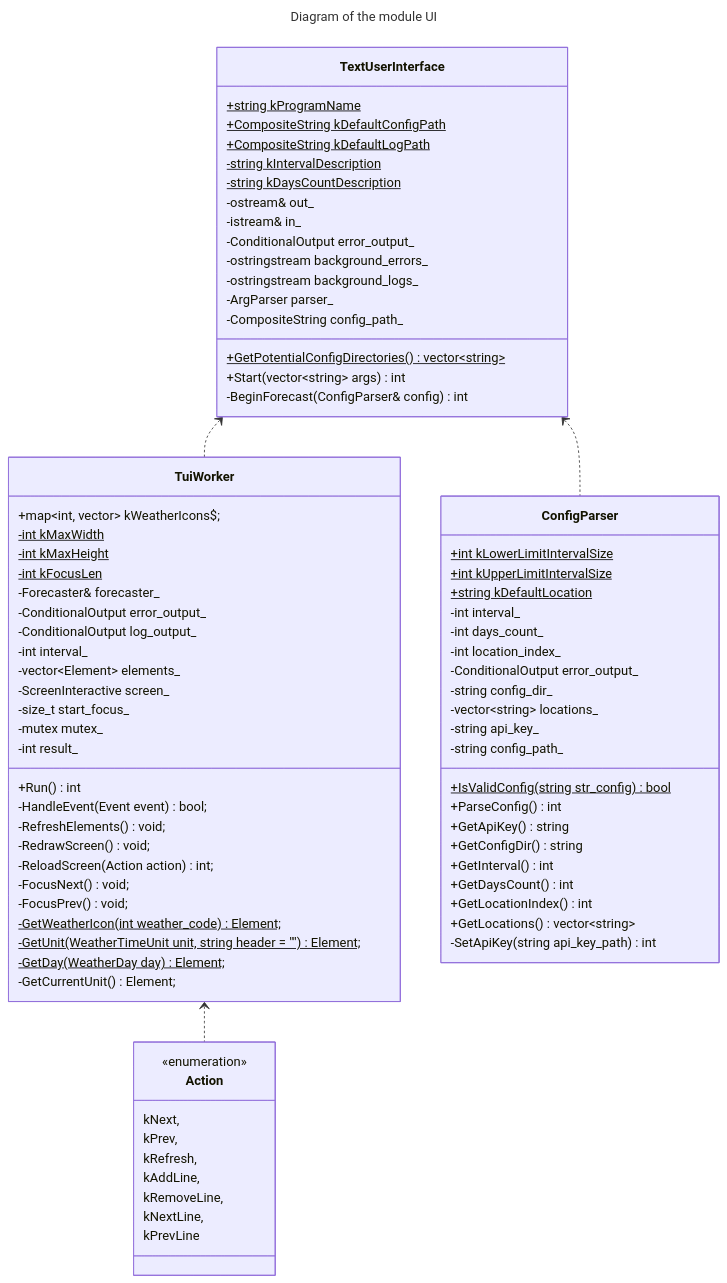
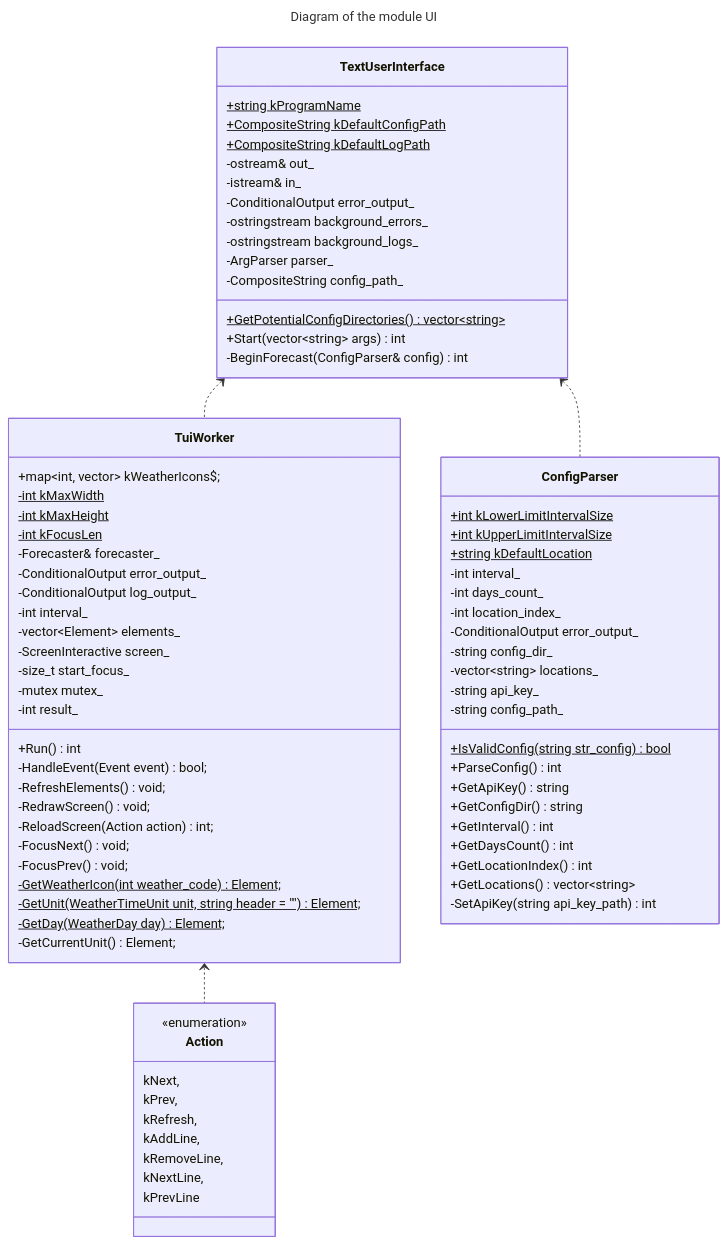
The second of 3 diagrams in docs/dev/architecture.md (bialger/weather-forecast), drawn with Mermaid before and after one commit. The commit also changed other lines of this file and 22 other files, not shown here.

```diff
--- a/docs/dev/architecture.md
+++ b/docs/dev/architecture.md
@@ -70,8 +70,6 @@
     +string kProgramName$
     +CompositeString kDefaultConfigPath$
     +CompositeString kDefaultLogPath$
-    -string kIntervalDescription$
-    -string kDaysCountDescription$
     -ostream& out_
     -istream& in_
     -ConditionalOutput error_output_
```
